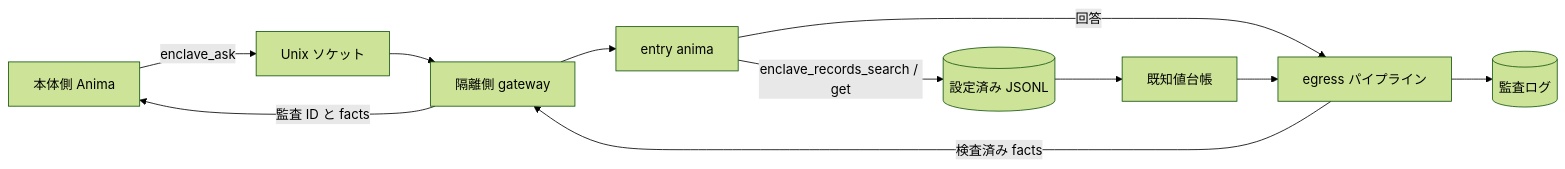
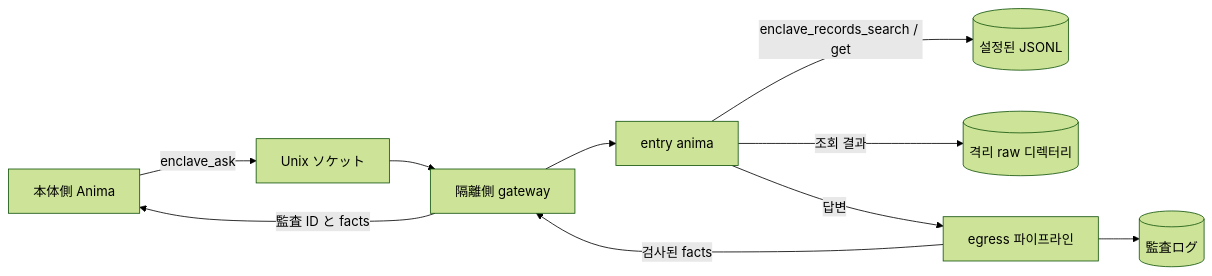
The diagram in docs/ko/enclave.md (cmnt1/animaworks), drawn with Mermaid (forest theme) before and after one commit. The commit also changed other lines of this file and 32 other files, not shown here.

First line of the commit message:
feat(enclave): decrypt app-encrypted columns, keep raw results in the enclave, drop the known-value ledger

````diff
--- a/docs/ko/enclave.md
+++ b/docs/ko/enclave.md
@@ -12,13 +12,12 @@
 ```mermaid
 flowchart LR
     H[本体側 Anima] -->|enclave_ask| S[Unix ソケット]
     S --> G[隔離側 gateway]
     G --> A[entry anima]
-    A -->|enclave_records_search / get| D[(設定済み JSONL)]
-    D --> L[既知値台帳]
-    A -->|回答| E[egress パイプライン]
-    L --> E
-    E -->|検査済み facts| G
+    A -->|enclave_records_search / get| D[(설정된 JSONL)]
+    A -->|조회 결과| R[(격리 raw 디렉터리)]
+    A -->|답변| E[egress 파이프라인]
+    E -->|검사된 facts| G
     G -->|監査 ID と facts| H
     E --> Q[(監査ログ)]
 ```
````
